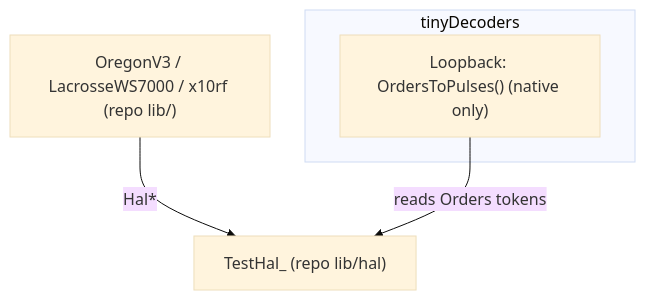
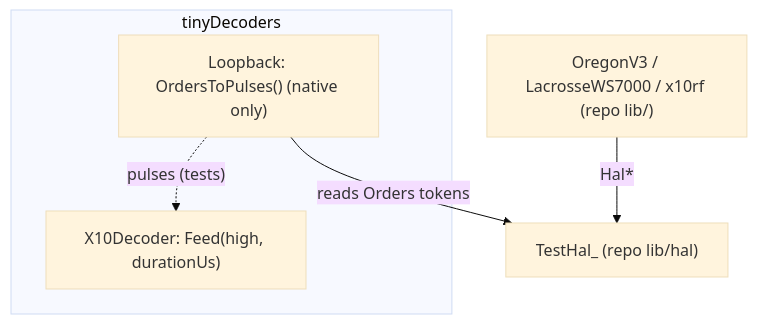
One commit to arcadien/tinySensor changed the second of 2 diagrams in docs/architecture.md. Above: the diagram before and after it, drawn with Mermaid (base theme). The commit also changed other lines of this file, not shown here.

Commit message:
arch(FUNC-DECODE-001): add X10Decoder and the pure-logic decoder rule to tinyDecoders

````diff
--- a/docs/architecture.md
+++ b/docs/architecture.md
@@ -105,8 +105,10 @@
 ```mermaid
 graph TD
   subgraph tinyDecoders
     Loopback["Loopback: OrdersToPulses() (native only)"]
+    X10Decoder["X10Decoder: Feed(high, durationUs)"]
   end
+  Loopback -.->|"pulses (tests)"| X10Decoder
   Encoders["OregonV3 / LacrosseWS7000 / x10rf (repo lib/)"] -->|Hal*| TestHal["TestHal_ (repo lib/hal)"]
   Loopback -->|"reads Orders tokens"| TestHal
 ```
````
